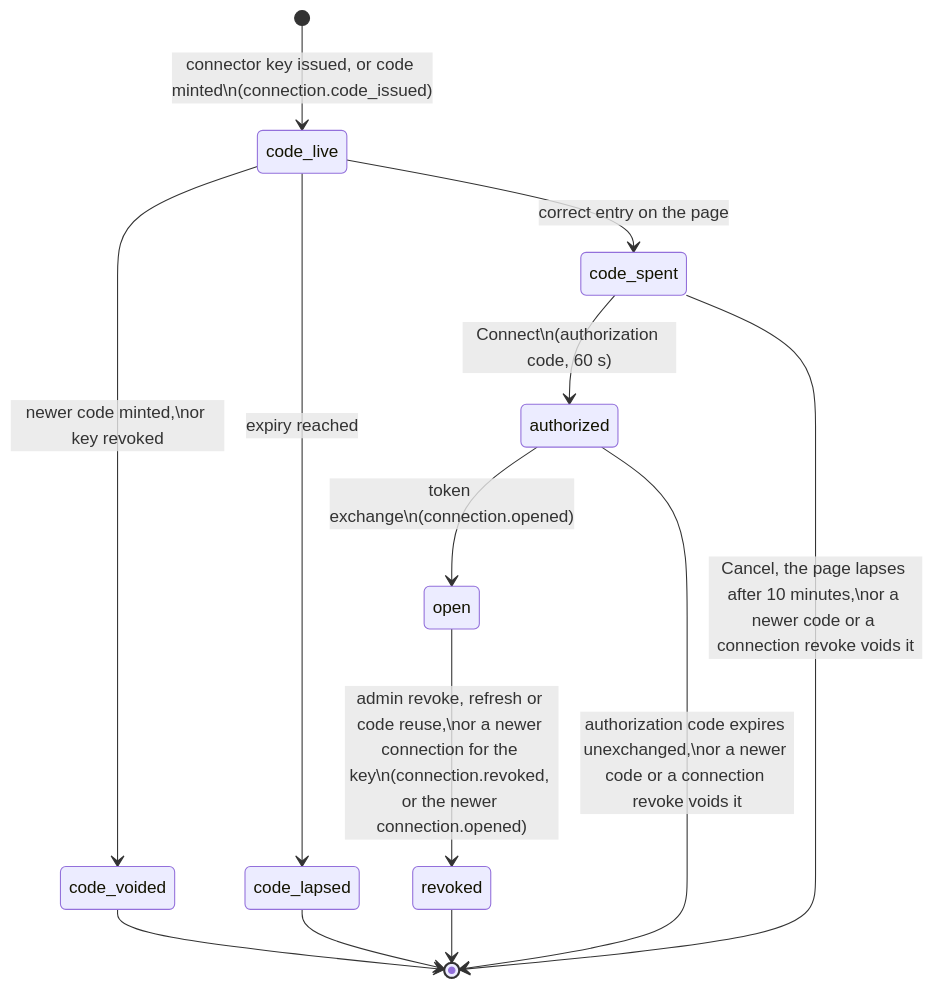
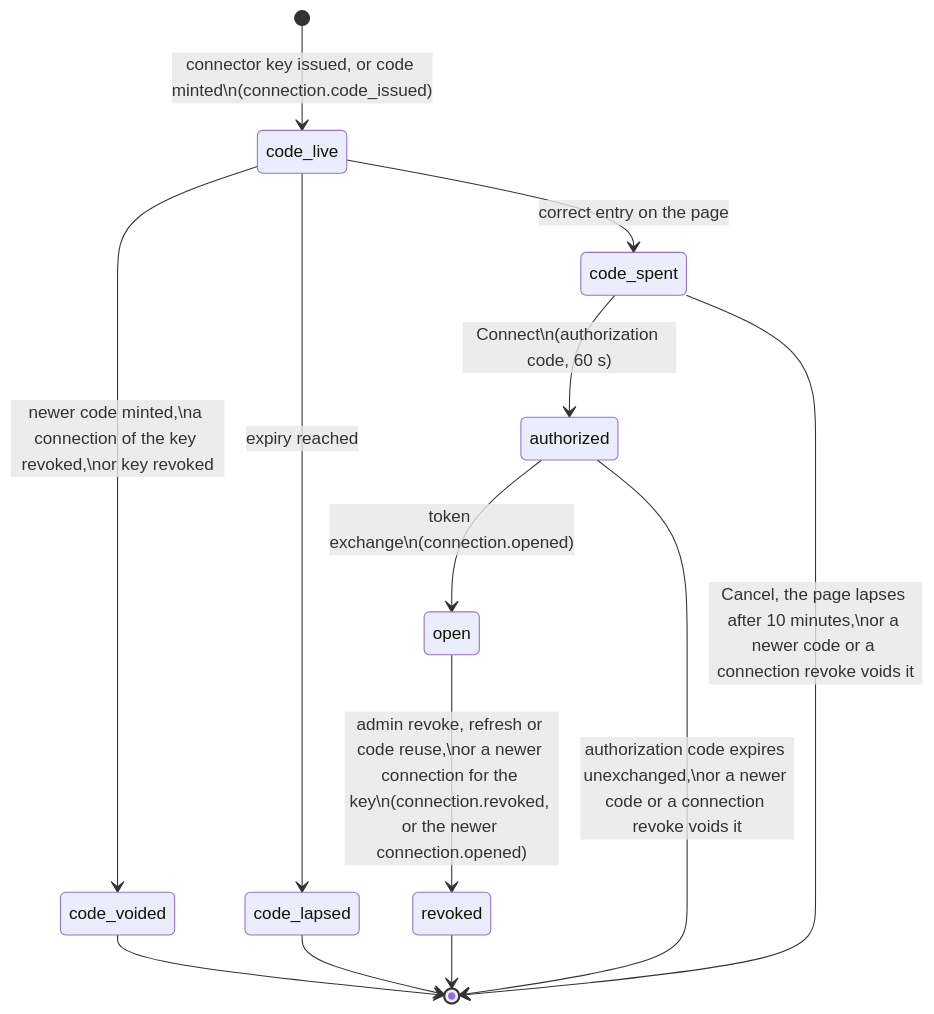
One commit to e8kor/open-memory-lab changed the second of 2 diagrams in docs/architecture/roles-and-keys.md. Above: the diagram before and after it, drawn with Mermaid. The commit also changed other lines of this file and 13 other files, not shown here.

````diff
--- a/docs/architecture/roles-and-keys.md
+++ b/docs/architecture/roles-and-keys.md
@@ -579,15 +579,15 @@
 ```mermaid
 stateDiagram-v2
     [*] --> code_live : connector key issued, or code minted\n(connection.code_issued)
-    code_live --> code_voided : newer code minted,\nor key revoked
+    code_live --> code_voided : newer code minted,\na connection of the key revoked,\nor key revoked
     code_live --> code_lapsed : expiry reached
     code_live --> code_spent : correct entry on the page
     code_spent --> authorized : Connect\n(authorization code, 60 s)
     code_spent --> [*] : Cancel, the page lapses after 10 minutes,\nor a newer code or a connection revoke voids it
     authorized --> open : token exchange\n(connection.opened)
     authorized --> [*] : authorization code expires unexchanged,\nor a newer code or a connection revoke voids it
     open --> revoked : admin revoke, refresh or code reuse,\nor a newer connection for the key\n(connection.revoked, or the newer connection.opened)
     code_voided --> [*]
     code_lapsed --> [*]
     revoked --> [*]
 ```
````
